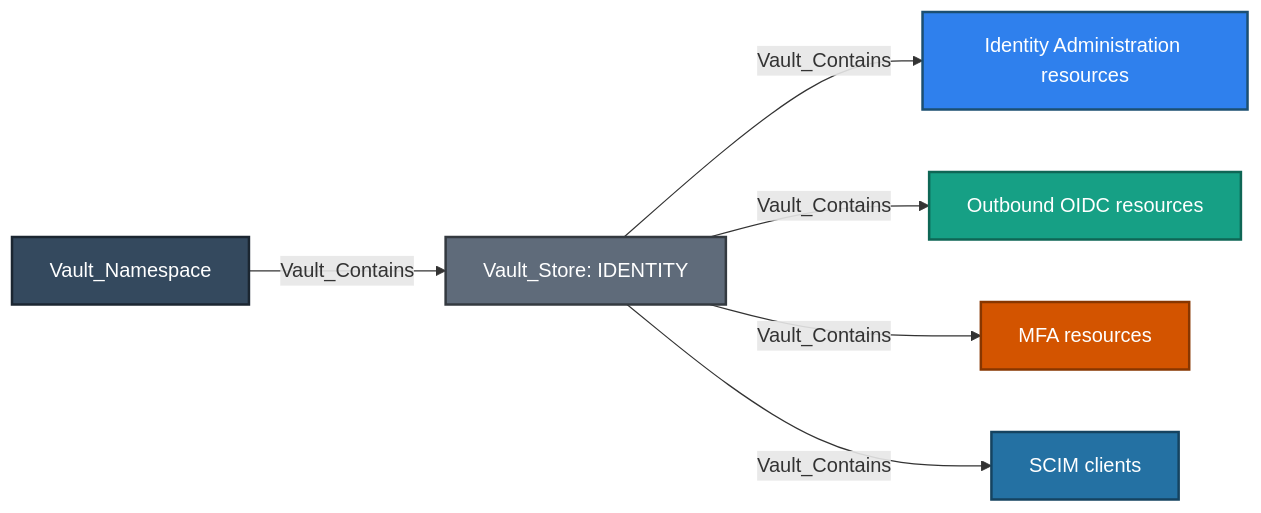
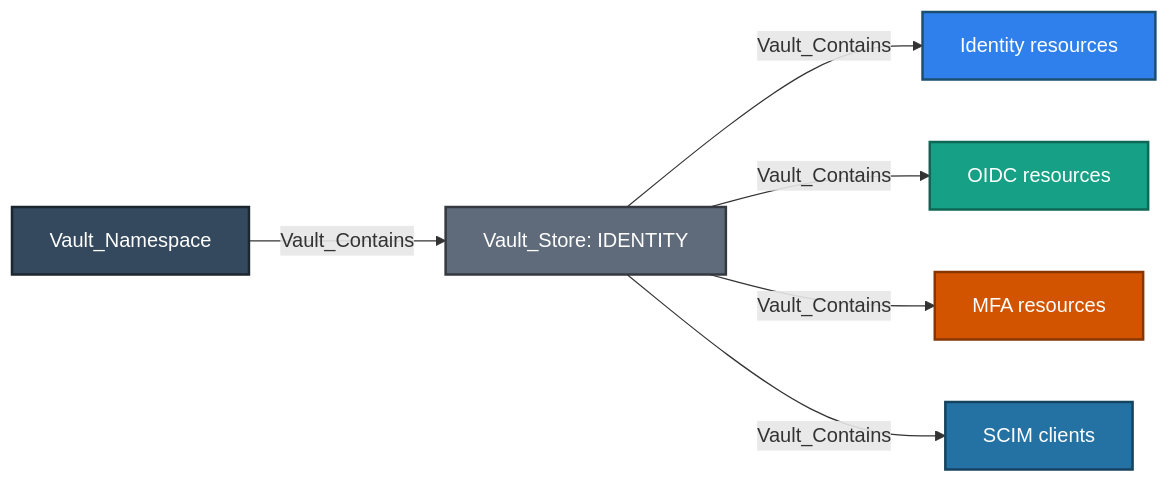
The first of 13 diagrams in Documentation/stores/IDENTITY.md (bytewreck/opengraph-vault), drawn with Mermaid before and after one commit. The commit also changed other lines of this file and 2 other files, not shown here.

````diff
--- a/Documentation/stores/IDENTITY.md
+++ b/Documentation/stores/IDENTITY.md
@@ -9,15 +9,15 @@
 ```mermaid
 flowchart LR
     namespace[Vault_Namespace]:::namespaceNode -->|Vault_Contains| store[Vault_Store: IDENTITY]:::storeNode
-    store -->|Vault_Contains| administration[Identity Administration resources]:::entityNode
-    store -->|Vault_Contains| oidc[Outbound OIDC resources]:::oidcNode
+    store -->|Vault_Contains| administration[Identity resources]:::entityNode
+    store -->|Vault_Contains| oidc[OIDC resources]:::oidcNode
     store -->|Vault_Contains| mfa[MFA resources]:::mfaNode
     store -->|Vault_Contains| scim[SCIM clients]:::scimNode
 
     classDef namespaceNode fill:#34495E,color:#fff,stroke:#1B2631,stroke-width:2px
     classDef storeNode fill:#5F6B7A,color:#fff,stroke:#343A40,stroke-width:2px
     classDef entityNode fill:#2F80ED,color:#fff,stroke:#1B4F72,stroke-width:2px
     classDef oidcNode fill:#16A085,color:#fff,stroke:#0E6655,stroke-width:2px
     classDef mfaNode fill:#D35400,color:#fff,stroke:#873600,stroke-width:2px
     classDef scimNode fill:#2471A3,color:#fff,stroke:#154360,stroke-width:2px
 ```
````
